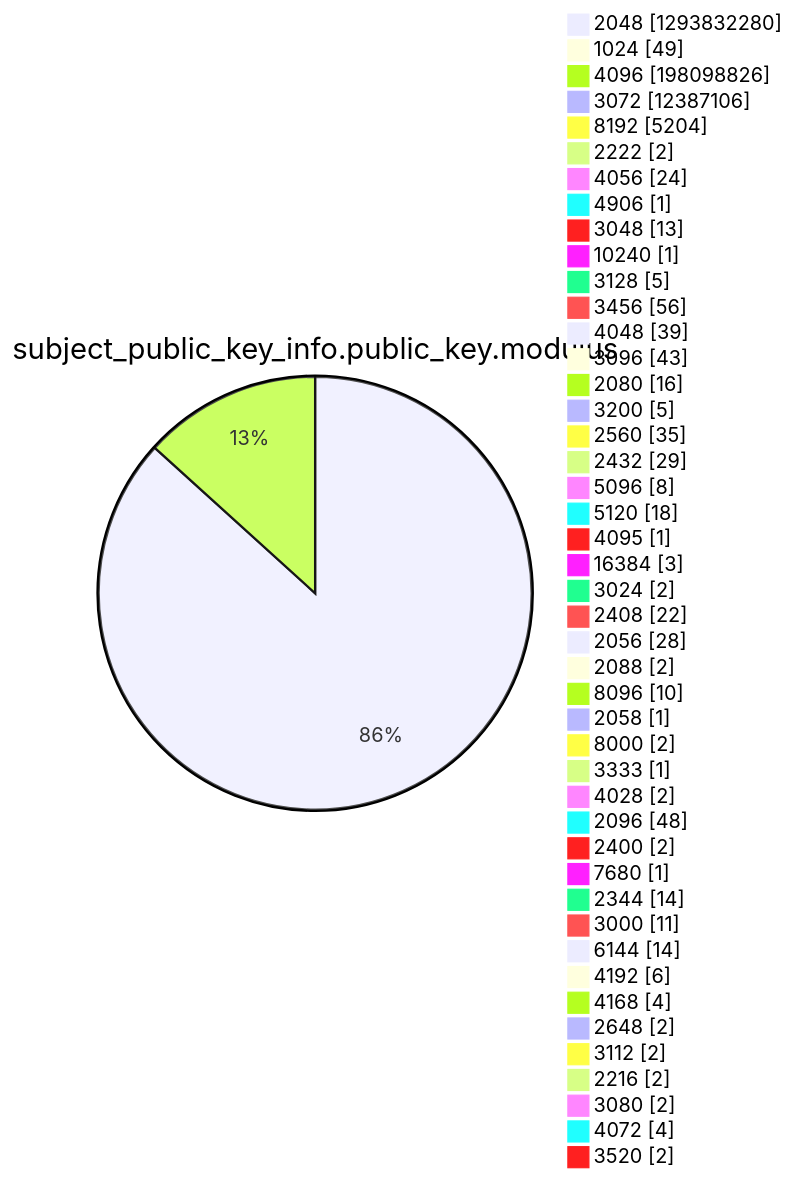
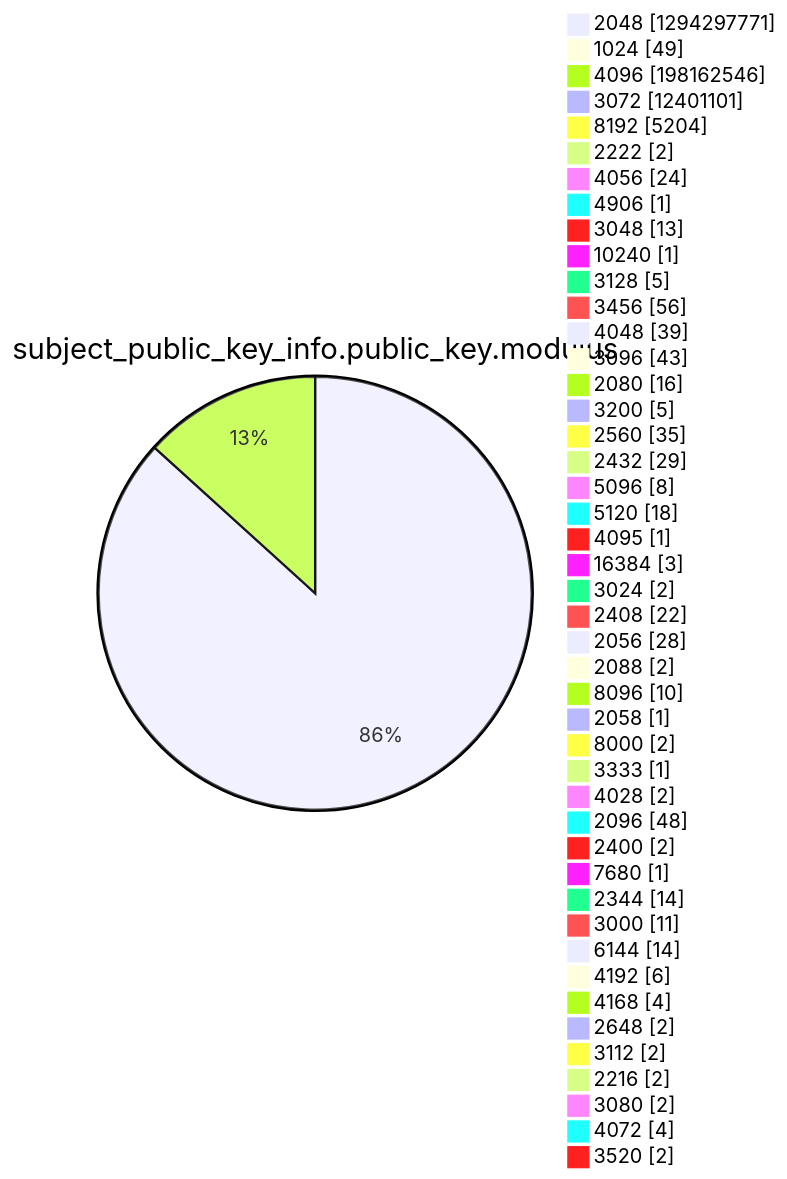
One commit to christiankrug/ctmonitor_visualization changed diagram 13 of 15 in xenon2022/README.md. Above: the diagram before and after it, drawn with Mermaid. The commit also changed other lines of this file, not shown here.

````diff
--- a/xenon2022/README.md
+++ b/xenon2022/README.md
@@ -3921,49 +3921,49 @@
 ```mermaid
 pie showData
 title subject_public_key_info.public_key.modulus
-"2048" :1293832280
+"2048" :1294297771
 "1024" :49
-"4096" :198098826
-"3072" :12387106
+"4096" :198162546
+"3072" :12401101
 "8192" :5204
 "2222" :2
 "4056" :24
 "4906" :1
 "3048" :13
 "10240" :1
 "3128" :5
 "3456" :56
 "4048" :39
 "3096" :43
 "2080" :16
 "3200" :5
 "2560" :35
 "2432" :29
 "5096" :8
 "5120" :18
 "4095" :1
 "16384" :3
 "3024" :2
 "2408" :22
 "2056" :28
 "2088" :2
 "8096" :10
 "2058" :1
 "8000" :2
 "3333" :1
 "4028" :2
 "2096" :48
 "2400" :2
 "7680" :1
 "2344" :14
 "3000" :11
 "6144" :14
 "4192" :6
 "4168" :4
 "2648" :2
 "3112" :2
 "2216" :2
 "3080" :2
 "4072" :4
 "3520" :2
 ```
````
